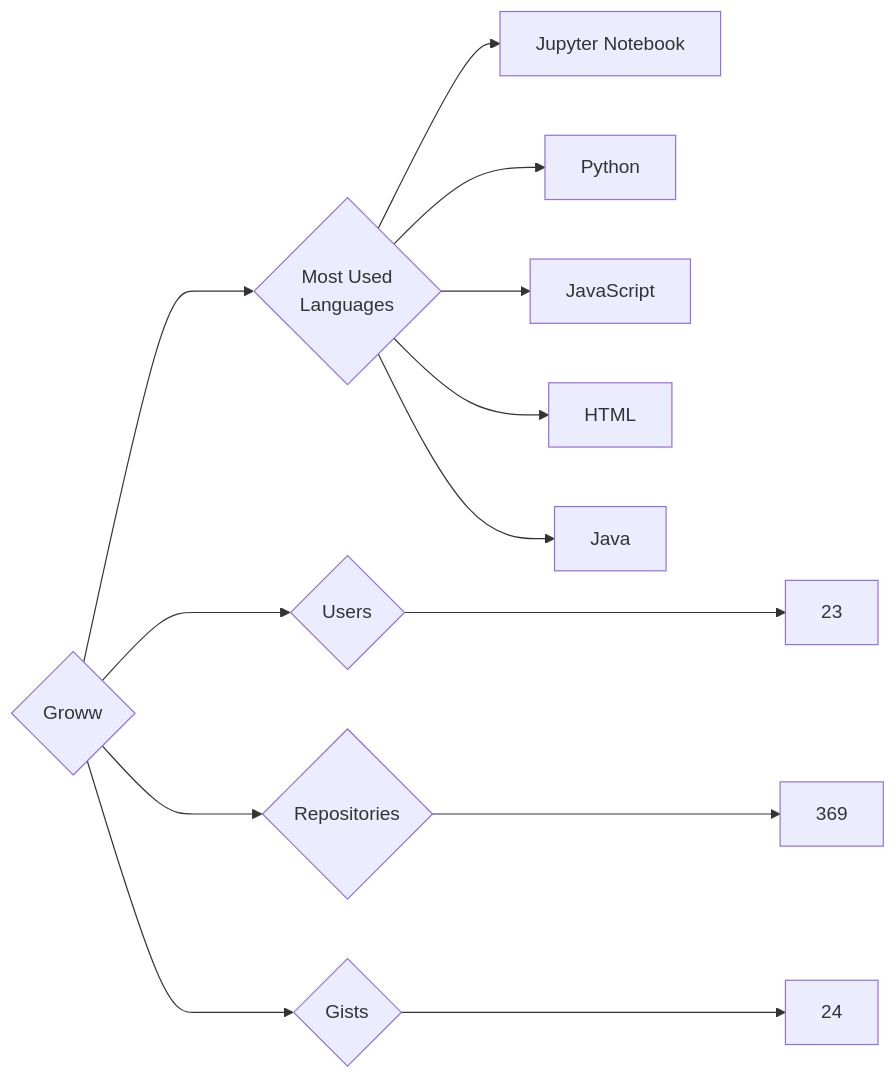
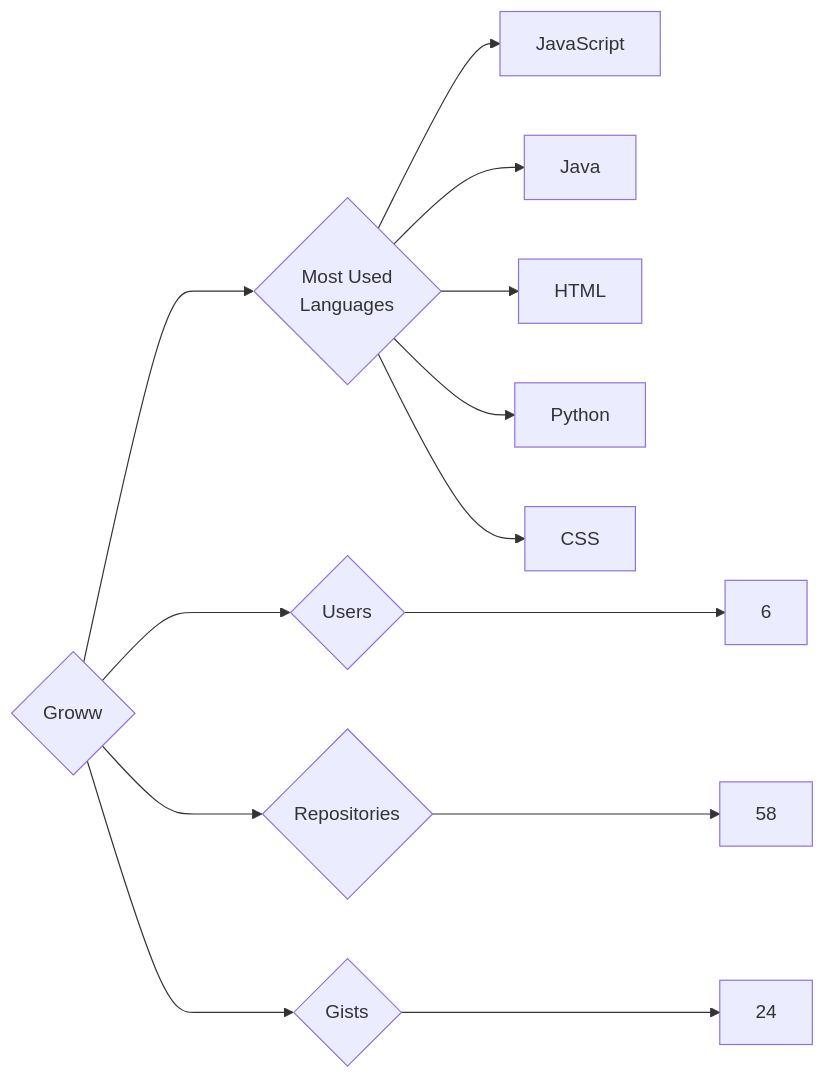
The diagram in targets/Groww/README.md (trickest/insiders), drawn with Mermaid before and after one commit. The commit also changed 873 other files, not shown here.

````diff
--- a/targets/Groww/README.md
+++ b/targets/Groww/README.md
@@ -3,13 +3,13 @@
 ```mermaid
 graph LR
 COMPANY_NAME{Groww}
-COMPANY_NAME ---> U{Users} ---> UN[23]
-COMPANY_NAME ---> R{Repositories} ---> RN[369]
+COMPANY_NAME ---> U{Users} ---> UN[6]
+COMPANY_NAME ---> R{Repositories} ---> RN[58]
 COMPANY_NAME ---> G{Gists} ---> GN[24]
 COMPANY_NAME ---> ML{Most Used<br>Languages}
-ML --> Jupyter_Notebook[Jupyter Notebook]
+ML --> JavaScript[JavaScript]
+ML --> Java[Java]
+ML --> HTML[HTML]
 ML --> Python[Python]
-ML --> JavaScript[JavaScript]
-ML --> HTML[HTML]
-ML --> Java[Java]
+ML --> CSS[CSS]
 ```
````
